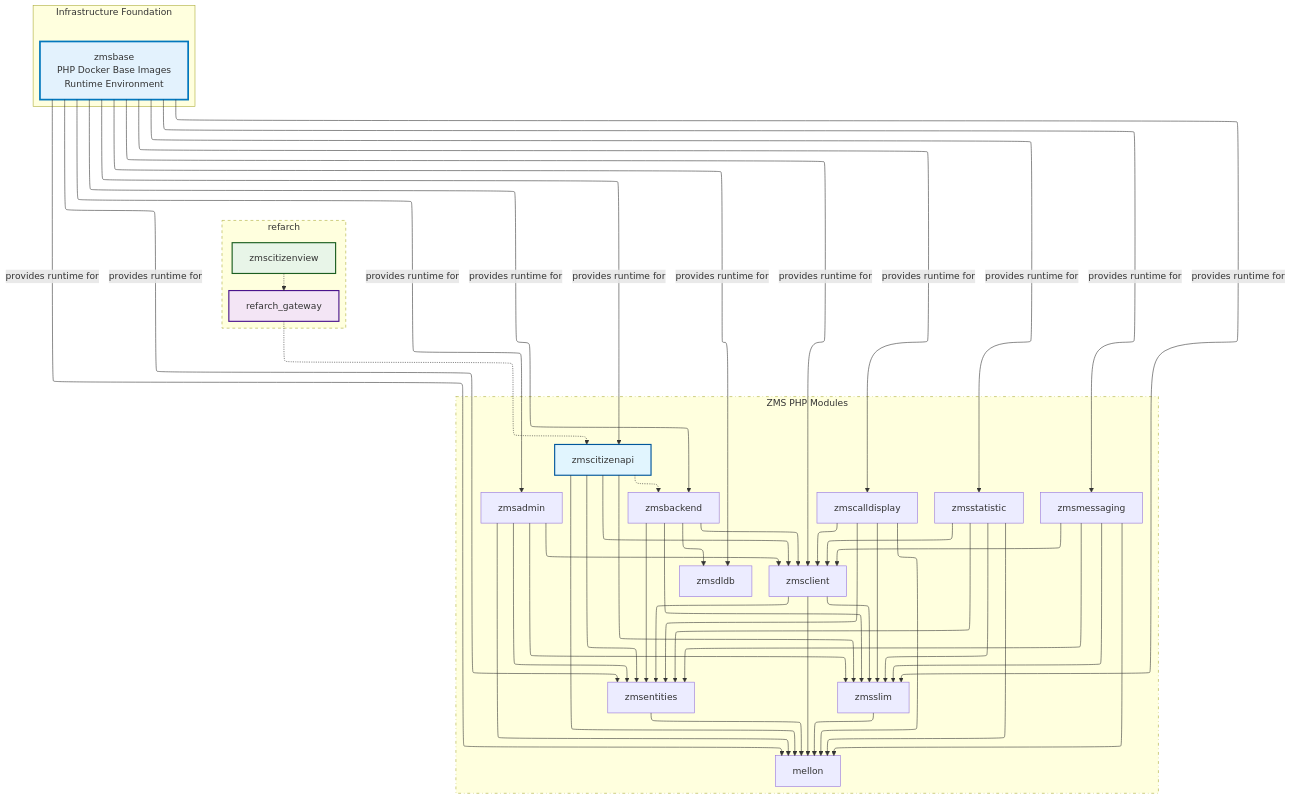
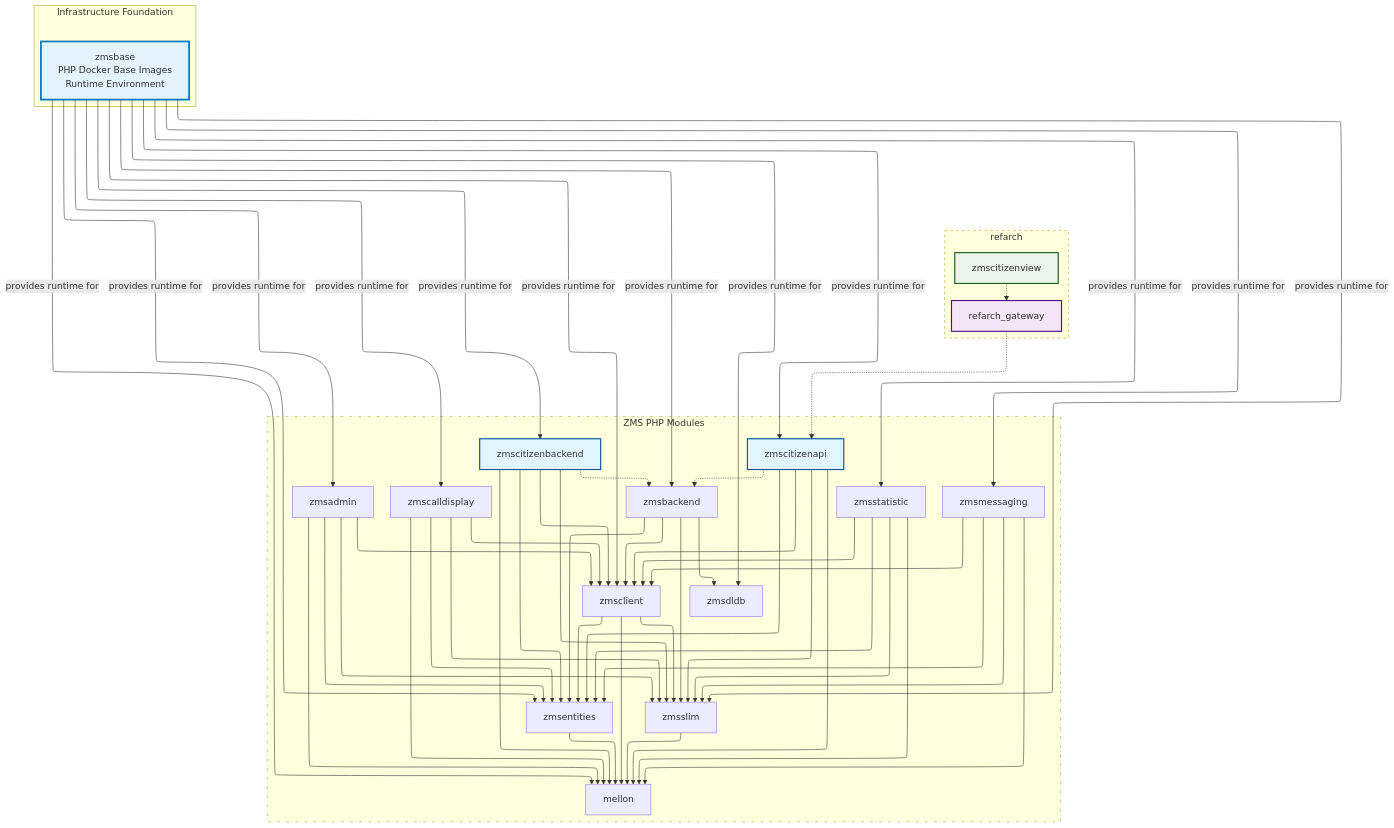
One commit to it-at-m/eappointment changed the diagram in docs/en/setup-and-development/php-base-images.md. Above: the diagram before and after it, drawn with Mermaid. The commit also changed 27 other files, not shown here.

````diff
--- a/docs/en/setup-and-development/php-base-images.md
+++ b/docs/en/setup-and-development/php-base-images.md
@@ -91,7 +91,13 @@
     zmscitizenapi --> zmsclient
     zmscitizenapi --> zmsentities
 
+    zmscitizenbackend --> mellon
+    zmscitizenbackend --> zmsslim
+    zmscitizenbackend --> zmsclient
+    zmscitizenbackend --> zmsentities
+
     zmscitizenapi -.-> zmsbackend
+    zmscitizenbackend -.-> zmsbackend
     refarch_gateway -.-> zmscitizenapi
     zmscitizenview -.-> refarch_gateway
 
@@ -106,6 +112,7 @@
     PHPBASE -->|provides runtime for| zmsdldb
     PHPBASE -->|provides runtime for| mellon
     PHPBASE -->|provides runtime for| zmscitizenapi
+    PHPBASE -->|provides runtime for| zmscitizenbackend
 
     subgraph refarch["refarch"]
         style refarch stroke-dasharray:5
@@ -126,6 +133,7 @@
         zmsdldb
         mellon
         zmscitizenapi
+        zmscitizenbackend
     end
 
     classDef foundation fill:#e3f2fd,stroke:#0277bd,stroke-width:3px
@@ -134,7 +142,7 @@
     classDef citizenview fill:#e8f5e8,stroke:#1b5e20,stroke-width:2px
 
     class PHPBASE foundation
-    class zmscitizenapi citizenapi
+    class zmscitizenapi,zmscitizenbackend citizenapi
     class refarch_gateway gateway
     class zmscitizenview citizenview
 ```
````
